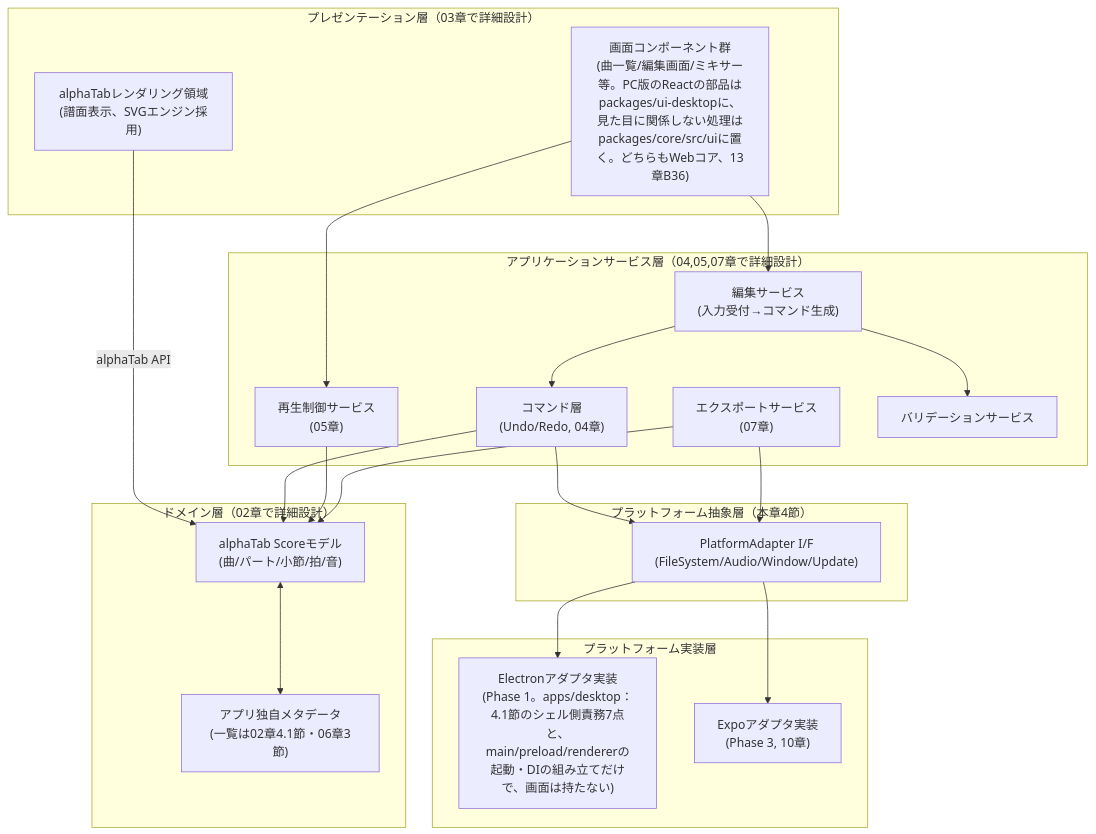
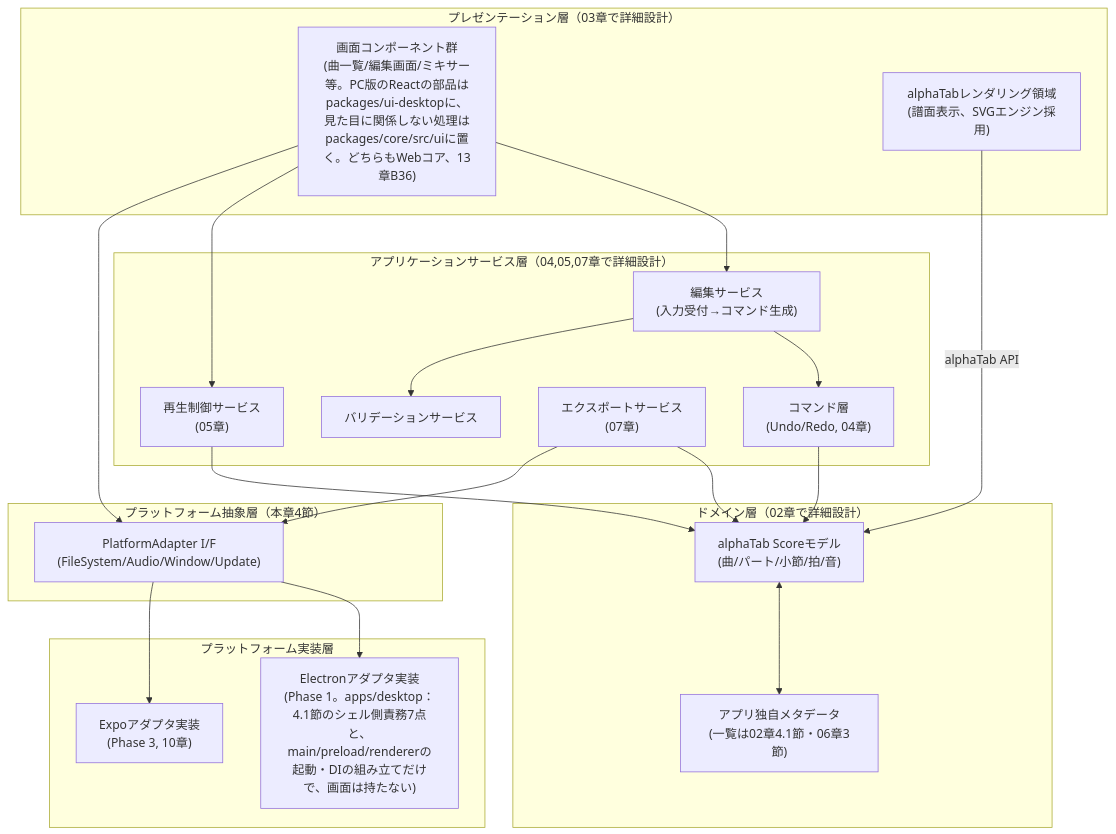
One commit to ippoooooshi/RiFF-LiNE changed the first of 2 diagrams in docs/basic_design/01_architecture.md. Above: the diagram before and after it, drawn with Mermaid. The commit also changed 1 other file, not shown here.

Commit message:
docs(basic): タイとスラーの表示の描き分けと、セクションマーカーを残す本人の答えを 02 章に写し、01 章の図の矢印を直す
- 02:173 表示ではタイとスラーを別々の記号として描き分ける。tieToNext・slurGroupId は論理名
- 02:92・02:142・02:214 セクションマーカーは曲共通の小節を指し、パートを全部消しても残す（2026-09-28 本人決定）
- 01:46 コマンド層はアダプタを使っていないので、CMD --> PADAPT を SCR --> PADAPT に替えた（画面が WindowAdapter を使う、03:37）
行数は変えていない。

````diff
--- a/docs/basic_design/01_architecture.md
+++ b/docs/basic_design/01_architecture.md
@@ -13,38 +13,38 @@
 ```mermaid
 flowchart TB
     subgraph L1["プレゼンテーション層（03章で詳細設計）"]
         SCR["画面コンポーネント群\n(曲一覧/編集画面/ミキサー等。PC版のReactの部品はpackages/ui-desktopに、見た目に関係しない処理はpackages/core/src/uiに置く。どちらもWebコア、13章B36)"]
         REND["alphaTabレンダリング領域\n(譜面表示、SVGエンジン採用)"]
     end
     subgraph L2["アプリケーションサービス層（04,05,07章で詳細設計）"]
         EDITSVC["編集サービス\n(入力受付→コマンド生成)"]
         CMD["コマンド層\n(Undo/Redo, 04章)"]
         PLAYSVC["再生制御サービス\n(05章)"]
         EXPORTSVC["エクスポートサービス\n(07章)"]
         VALID["バリデーションサービス"]
     end
     subgraph L3["ドメイン層（02章で詳細設計）"]
         SCORE["alphaTab Scoreモデル\n(曲/パート/小節/拍/音)"]
         META["アプリ独自メタデータ\n(一覧は02章4.1節・06章3節)"]
     end
     subgraph L4["プラットフォーム抽象層（本章4節）"]
         PADAPT["PlatformAdapter I/F\n(FileSystem/Audio/Window/Update)"]
     end
     subgraph L5["プラットフォーム実装層"]
         ELECTRON["Electronアダプタ実装\n(Phase 1。apps/desktop：4.1節のシェル側責務7点と、main/preload/rendererの起動・DIの組み立てだけで、画面は持たない)"]
         EXPO["Expoアダプタ実装\n(Phase 3, 10章)"]
     end
 
     SCR --> EDITSVC
     SCR --> PLAYSVC
     REND -->|alphaTab API| SCORE
     EDITSVC --> CMD --> SCORE
     EDITSVC --> VALID
     PLAYSVC --> SCORE
     EXPORTSVC --> SCORE
     SCORE <--> META
-    CMD --> PADAPT
+    SCR --> PADAPT
     EXPORTSVC --> PADAPT
     PADAPT --> ELECTRON
     PADAPT --> EXPO
 ```
````
